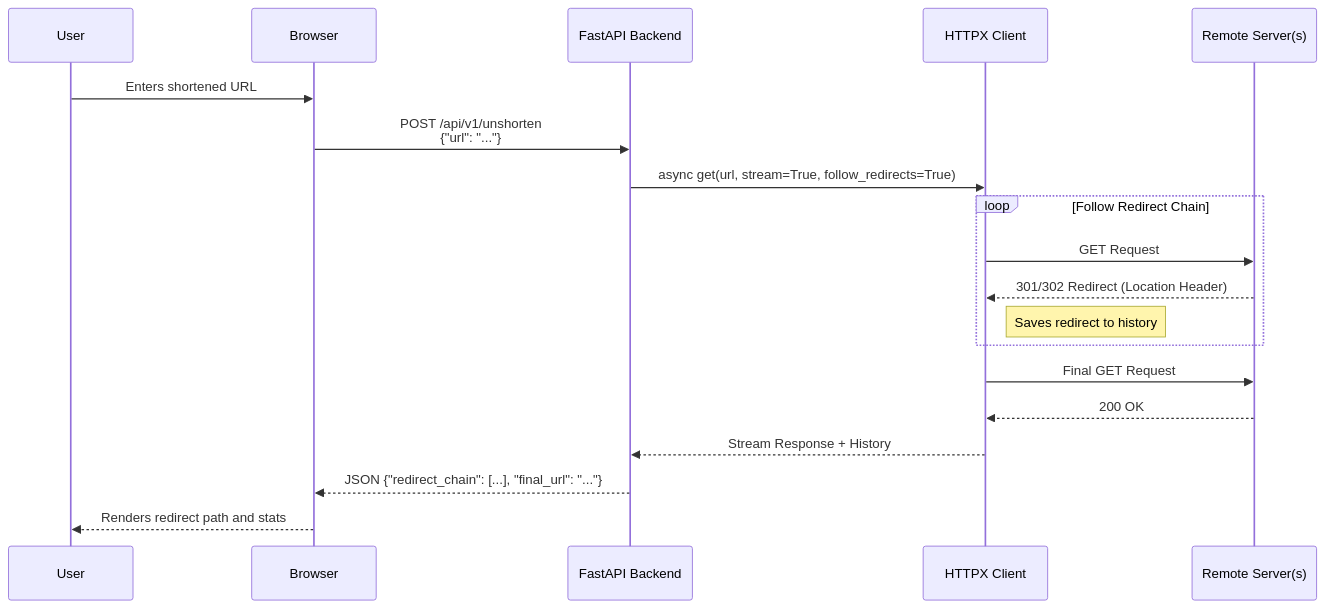
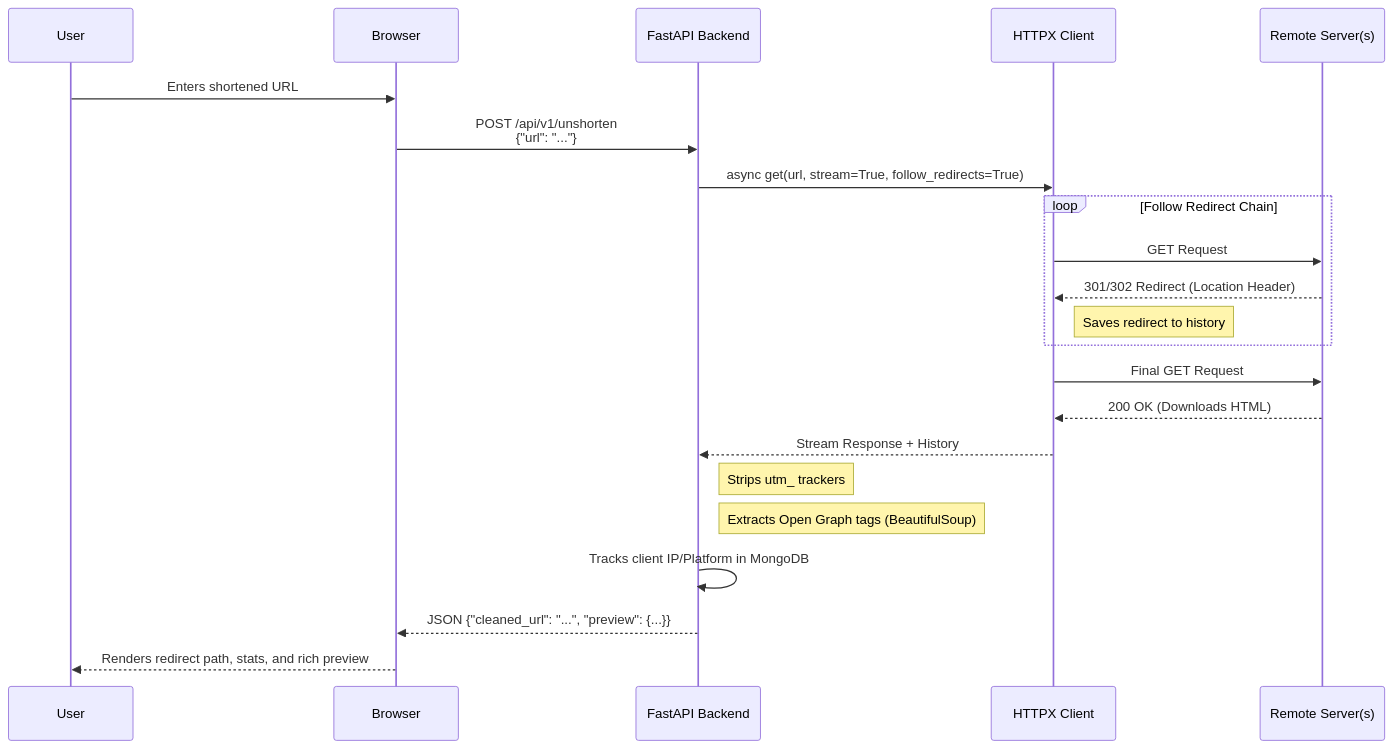
Before and after one commit to tirthankarkundu17/unshorten-it: the second of 3 diagrams in docs/architecture.md, drawn with Mermaid. The commit also changed other lines of this file and 2 other files, not shown here.

````diff
--- a/docs/architecture.md
+++ b/docs/architecture.md
@@ -36,24 +36,27 @@
 ```mermaid
 sequenceDiagram
     participant User
     participant Browser
     participant API as FastAPI Backend
     participant HTTPX as HTTPX Client
     participant Remote as Remote Server(s)
 
     User->>Browser: Enters shortened URL
     Browser->>API: POST /api/v1/unshorten<br>{"url": "..."}
     API->>HTTPX: async get(url, stream=True, follow_redirects=True)
     
     loop Follow Redirect Chain
         HTTPX->>Remote: GET Request
         Remote-->>HTTPX: 301/302 Redirect (Location Header)
         Note right of HTTPX: Saves redirect to history
     end
     
     HTTPX->>Remote: Final GET Request
-    Remote-->>HTTPX: 200 OK
+    Remote-->>HTTPX: 200 OK (Downloads HTML)
     HTTPX-->>API: Stream Response + History
-    API-->>Browser: JSON {"redirect_chain": [...], "final_url": "..."}
-    Browser-->>User: Renders redirect path and stats
+    Note right of API: Strips utm_ trackers
+    Note right of API: Extracts Open Graph tags (BeautifulSoup)
+    API->>API: Tracks client IP/Platform in MongoDB
+    API-->>Browser: JSON {"cleaned_url": "...", "preview": {...}}
+    Browser-->>User: Renders redirect path, stats, and rich preview
 ```
````
